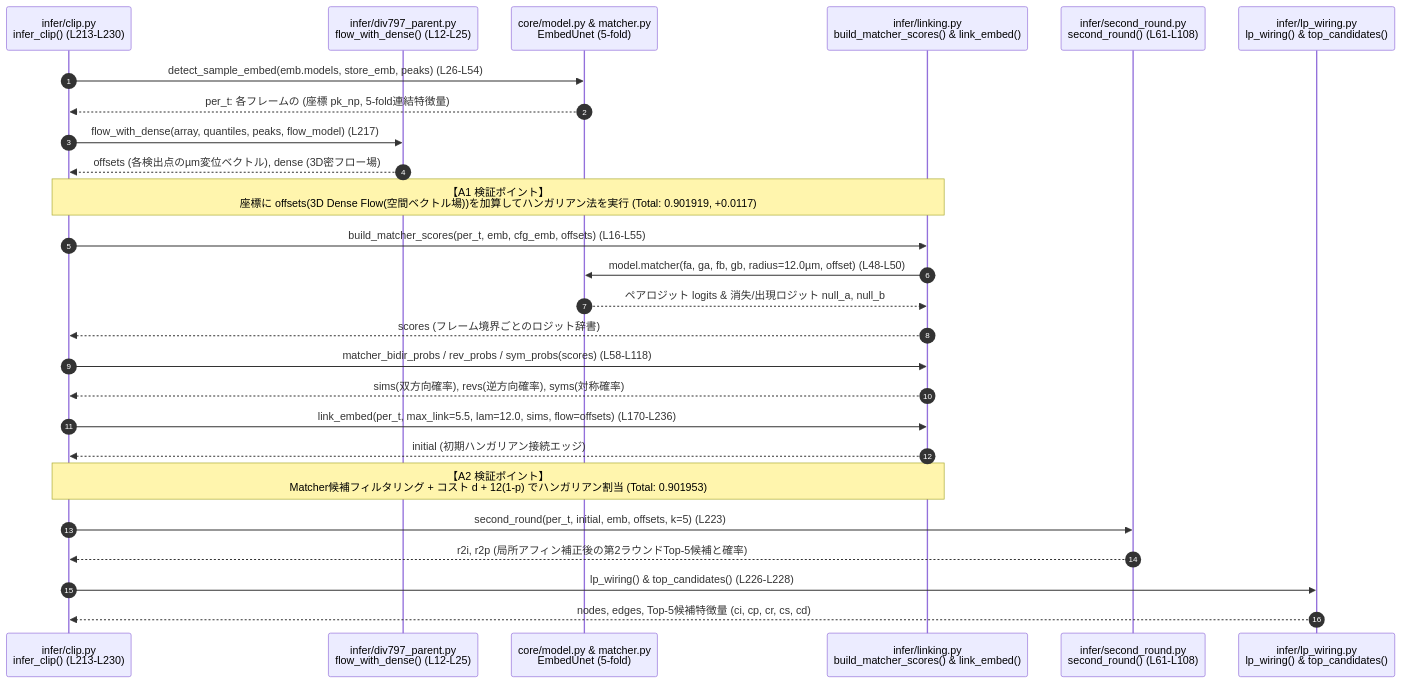
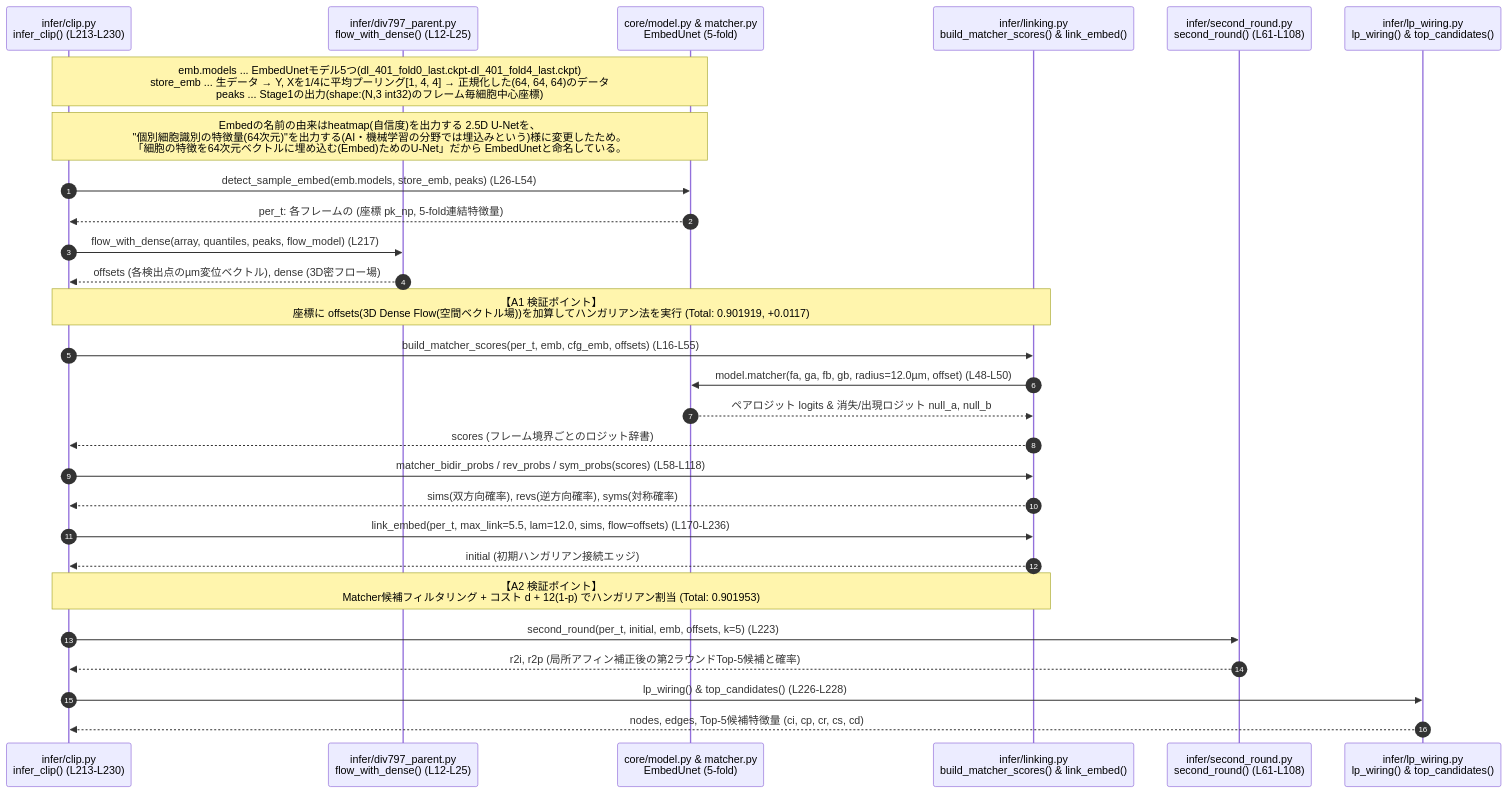
One commit to kito2718/kgle_001_BCT_Episode changed the fourth of 8 diagrams in episode/Summary&Conclusion/3rd-place-summary.md. Above: the diagram before and after it, drawn with Mermaid.

Commit message:
Stage2対応中

````diff
--- a/episode/Summary&Conclusion/3rd-place-summary.md
+++ b/episode/Summary&Conclusion/3rd-place-summary.md
@@ -286,29 +286,31 @@
 ```mermaid
 sequenceDiagram
     autonumber
     participant Clip as infer/clip.py<br/>infer_clip() (L213-L230)
     participant Flow as infer/div797_parent.py<br/>flow_with_dense() (L12-L25)
     participant Emb as core/model.py & matcher.py<br/>EmbedUnet (5-fold)
     participant Link_ as infer/linking.py<br/>build_matcher_scores() & link_embed()
     participant R2 as infer/second_round.py<br/>second_round() (L61-L108)
     participant Wire as infer/lp_wiring.py<br/>lp_wiring() & top_candidates()
 
+    Note over Clip,Emb: emb.models ... EmbedUnetモデル5つ(dl_401_fold0_last.ckpt-dl_401_fold4_last.ckpt)<br/>store_emb ... 生データ → Y, Xを1/4に平均プーリング[1, 4, 4] → 正規化した(64, 64, 64)のデータ<br/>peaks ... Stage1の出力(shape:(N,3 int32)のフレーム毎細胞中心座標)
+    Note over Clip,Emb: Embedの名前の由来はheatmap(自信度)を出力する 2.5D U-Netを、<br/>"個別細胞識別の特徴量(64次元)"を出力する(AI・機械学習の分野では埋込みという)様に変更したため。<br/>「細胞の特徴を64次元ベクトルに埋め込む(Embed)ためのU-Net」だから EmbedUnetと命名している。
     Clip->>Emb: detect_sample_embed(emb.models, store_emb, peaks) (L26-L54)
     Emb-->>Clip: per_t: 各フレームの (座標 pk_np, 5-fold連結特徴量)
     Clip->>Flow: flow_with_dense(array, quantiles, peaks, flow_model) (L217)
     Flow-->>Clip: offsets (各検出点のµm変位ベクトル), dense (3D密フロー場)
     Note over Clip,Link_: 【A1 検証ポイント】<br/>座標に offsets(3D Dense Flow(空間ベクトル場))を加算してハンガリアン法を実行 (Total: 0.901919, +0.0117)
     Clip->>Link_: build_matcher_scores(per_t, emb, cfg_emb, offsets) (L16-L55)
     Link_->>Emb: model.matcher(fa, ga, fb, gb, radius=12.0µm, offset) (L48-L50)
     Emb-->>Link_: ペアロジット logits & 消失/出現ロジット null_a, null_b
     Link_-->>Clip: scores (フレーム境界ごとのロジット辞書)
     Clip->>Link_: matcher_bidir_probs / rev_probs / sym_probs(scores) (L58-L118)
     Link_-->>Clip: sims(双方向確率), revs(逆方向確率), syms(対称確率)
     Clip->>Link_: link_embed(per_t, max_link=5.5, lam=12.0, sims, flow=offsets) (L170-L236)
     Link_-->>Clip: initial (初期ハンガリアン接続エッジ)
     Note over Clip,Link_: 【A2 検証ポイント】<br/>Matcher候補フィルタリング + コスト d + 12(1-p) でハンガリアン割当 (Total: 0.901953)
     Clip->>R2: second_round(per_t, initial, emb, offsets, k=5) (L223)
     R2-->>Clip: r2i, r2p (局所アフィン補正後の第2ラウンドTop-5候補と確率)
     Clip->>Wire: lp_wiring() & top_candidates() (L226-L228)
     Wire-->>Clip: nodes, edges, Top-5候補特徴量 (ci, cp, cr, cs, cd)
 ```
````
